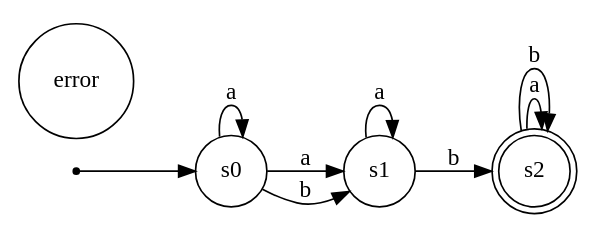
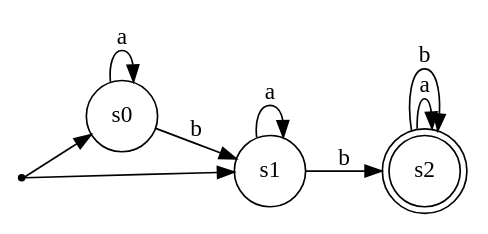
One commit to lukaz-r/AFD-animator changed the diagram in dotfiles/arq_.dot. Above: the diagram before and after it, drawn with Graphviz. The commit also changed 19 other files, not shown here.

```diff
--- a/dotfiles/arq_.dot
+++ b/dotfiles/arq_.dot
@@ -1,19 +1,18 @@
 digraph maquina_de_estados { 
 	rankdir=LR;
 	size="10"
 	node [shape = doublecircle];
 	s2
 	node [shape = point];
 	p
 	node [shape = circle];
-	error [style=filled, fillcolor=white];
 	p -> s0
+	p -> s1
 	node [shape = circle];
 	s0 -> s0 [label = "a"][color=black];
-	s0 -> s1 [label = "a"][color=black];
 	s0 -> s1 [label = "b"][color=black];
 	s1 -> s1 [label = "a"][color=black];
 	s1 -> s2 [label = "b"][color=black];
 	s2 -> s2 [label = "a"][color=black];
 	s2 -> s2 [label = "b"][color=black];
 	}
```
